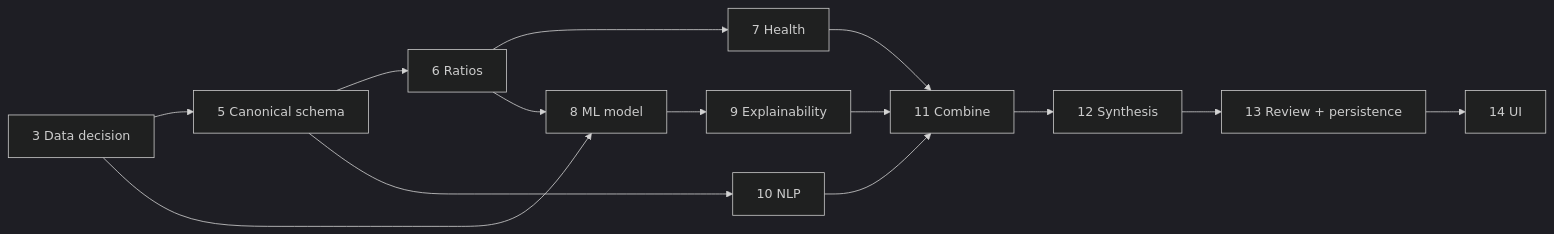
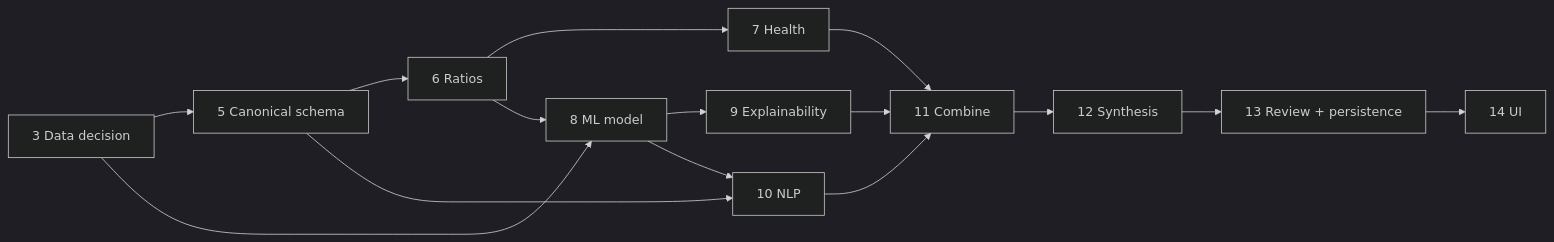
Before and after one commit to keshavbaviskar33-sudo/AI-Credit-Monitor-Copilot: the diagram in docs/roadmap.md, drawn with Mermaid (dark theme). The commit also changed other lines of this file and 20 other files, not shown here.

````diff
--- a/docs/roadmap.md
+++ b/docs/roadmap.md
@@ -38,16 +38,17 @@
 ```mermaid
 flowchart LR
     P3[3 Data decision] --> P5[5 Canonical schema]
     P3 --> P8[8 ML model]
     P5 --> P6[6 Ratios]
     P6 --> P7[7 Health]
     P6 --> P8
     P8 --> P9[9 Explainability]
     P5 --> P10[10 NLP]
+    P8 --> P10
     P7 --> P11[11 Combine]
     P9 --> P11
     P10 --> P11
     P11 --> P12[12 Synthesis]
     P12 --> P13[13 Review + persistence]
     P13 --> P14[14 UI]
 ```
````
